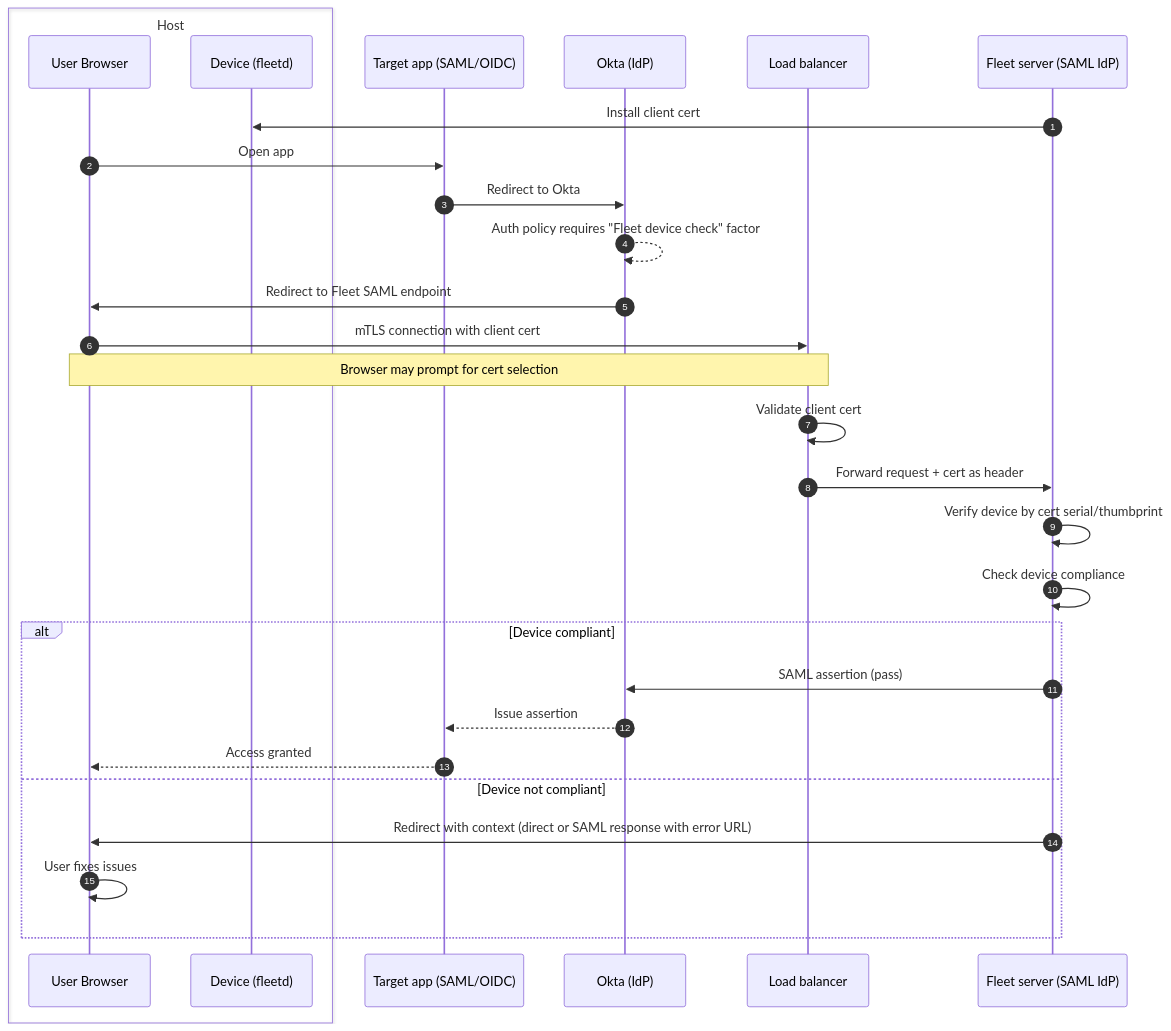
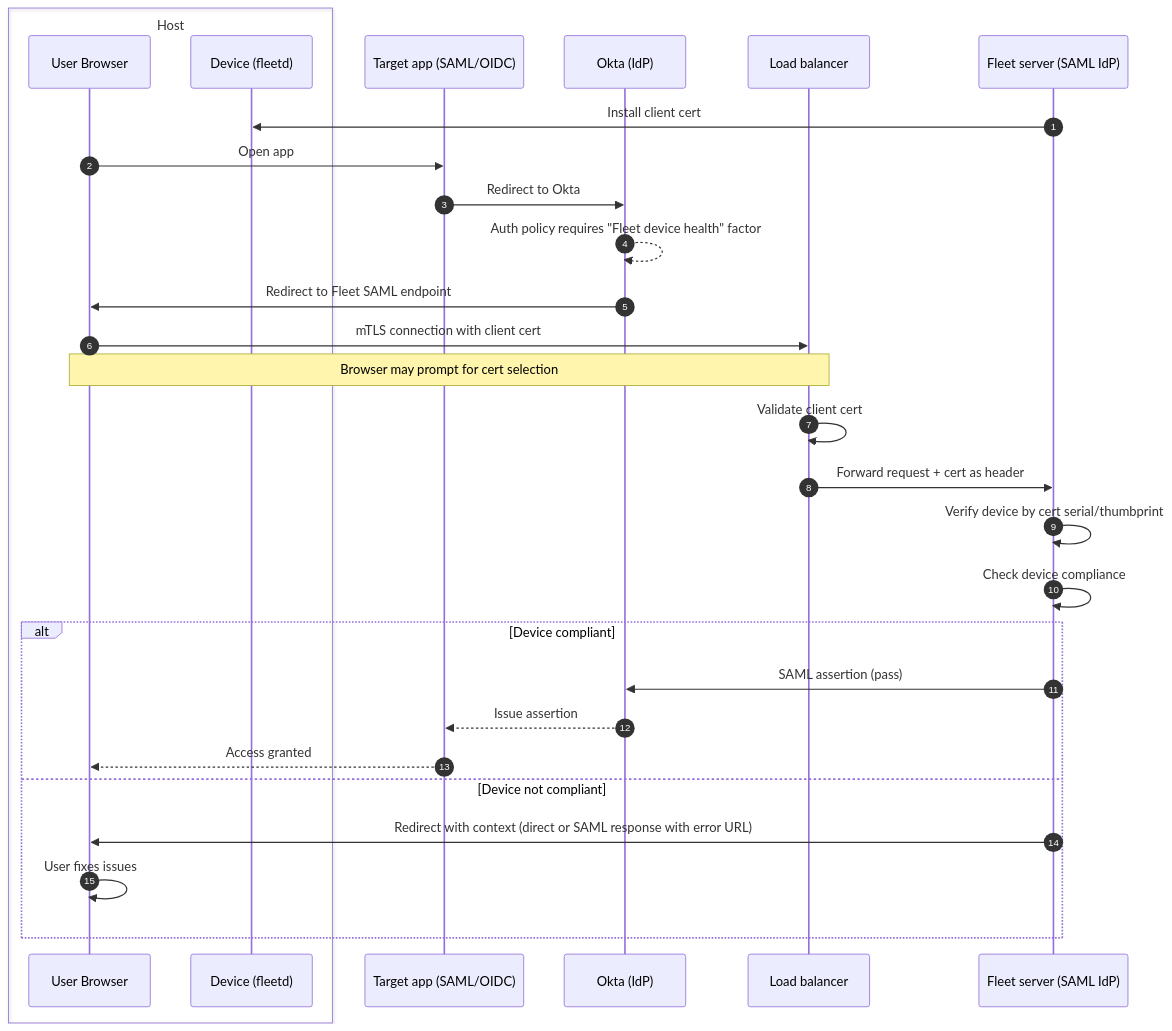
One commit to fleetdm/fleet changed the second of 3 diagrams in docs/Contributing/research/orchestration/okta-conditional-access.md. Above: the diagram before and after it, drawn with Mermaid. The commit also changed other lines of this file, not shown here.

````diff
--- a/docs/Contributing/research/orchestration/okta-conditional-access.md
+++ b/docs/Contributing/research/orchestration/okta-conditional-access.md
@@ -74,32 +74,32 @@
 ```mermaid
 sequenceDiagram
     autonumber
     box Host
       participant U as User Browser
       participant D as Device (fleetd)
     end
     participant A as Target app (SAML/OIDC)
     participant O as Okta (IdP)
     participant LB as Load balancer
     participant F as Fleet server (SAML IdP)
     
     F->>D: Install client cert
     U->>A: Open app
     A->>O: Redirect to Okta
-    O-->>O: Auth policy requires "Fleet device check" factor
+    O-->>O: Auth policy requires "Fleet device health" factor
     O->>U: Redirect to Fleet SAML endpoint
     U->>LB: mTLS connection with client cert
     Note over U,LB: Browser may prompt for cert selection
     LB->>LB: Validate client cert
     LB->>F: Forward request + cert as header
     F->>F: Verify device by cert serial/thumbprint
     F->>F: Check device compliance
     alt Device compliant
         F->>O: SAML assertion (pass)
         O-->>A: Issue assertion
         A-->>U: Access granted
     else Device not compliant
         F->>U: Redirect with context (direct or SAML response with error URL)
         U->>U: User fixes issues
     end
 ```
````
